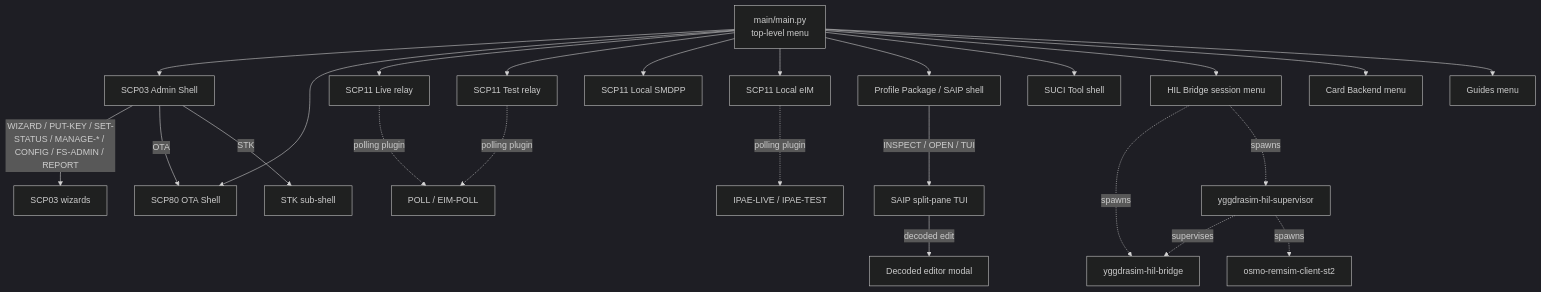
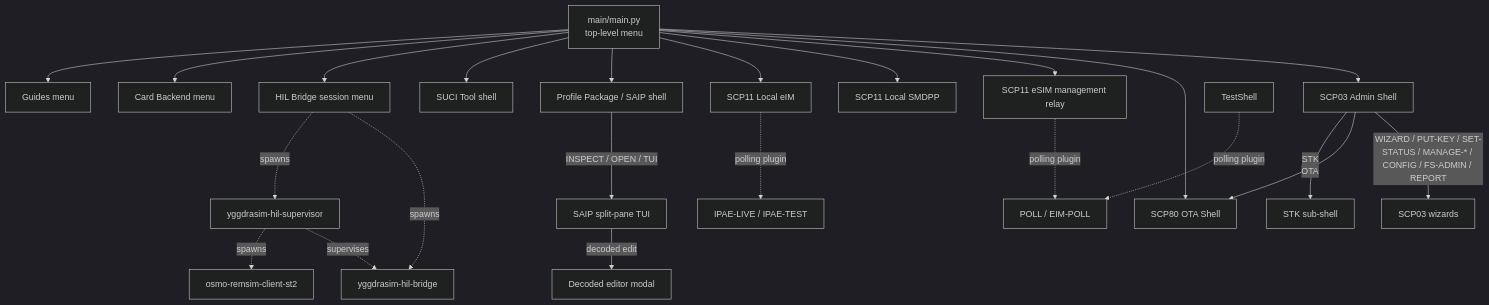
One commit to 1oT/YggdraSIM changed the diagram in site-docs/reference/command-suite.md. Above: the diagram before and after it, drawn with Mermaid (dark theme). The commit also changed other lines of this file and 341 other files, not shown here.

````diff
--- a/site-docs/reference/command-suite.md
+++ b/site-docs/reference/command-suite.md
@@ -43,26 +43,25 @@
 ```mermaid
 flowchart TD
     Launcher["main/main.py<br/>top-level menu"] --> SCP03["SCP03 Admin Shell"]
     Launcher --> SCP80["SCP80 OTA Shell"]
-    Launcher --> LiveShell["SCP11 Live relay"]
-    Launcher --> TestShell["SCP11 Test relay"]
+    Launcher --> LiveShell["SCP11 eSIM management relay"]
     Launcher --> LocalShell["SCP11 Local SMDPP"]
     Launcher --> EimShell["SCP11 Local eIM"]
     Launcher --> ProfileShell["Profile Package / SAIP shell"]
     Launcher --> SuciShell["SUCI Tool shell"]
     Launcher --> HilMenu["HIL Bridge session menu"]
     Launcher --> Backend["Card Backend menu"]
     Launcher --> Guides["Guides menu"]
     HilMenu -. spawns .-> HilBridge["yggdrasim-hil-bridge"]
     HilMenu -. spawns .-> HilSup["yggdrasim-hil-supervisor"]
     HilSup -. supervises .-> HilBridge
     HilSup -. spawns .-> Remsim["osmo-remsim-client-st2"]
     SCP03 -- WIZARD / PUT-KEY / SET-STATUS / MANAGE-* / CONFIG / FS-ADMIN / REPORT --> SCP03Wiz["SCP03 wizards"]
     SCP03 -- OTA --> SCP80
     SCP03 -- STK --> StkSub["STK sub-shell"]
     ProfileShell -- INSPECT / OPEN / TUI --> SaipTui["SAIP split-pane TUI"]
     SaipTui -- decoded edit --> SaipModal["Decoded editor modal"]
     LiveShell -. polling plugin .-> PollCmd["POLL / EIM-POLL"]
     TestShell -. polling plugin .-> PollCmd
     EimShell -. polling plugin .-> IpaeCmd["IPAE-LIVE / IPAE-TEST"]
 ```
````
